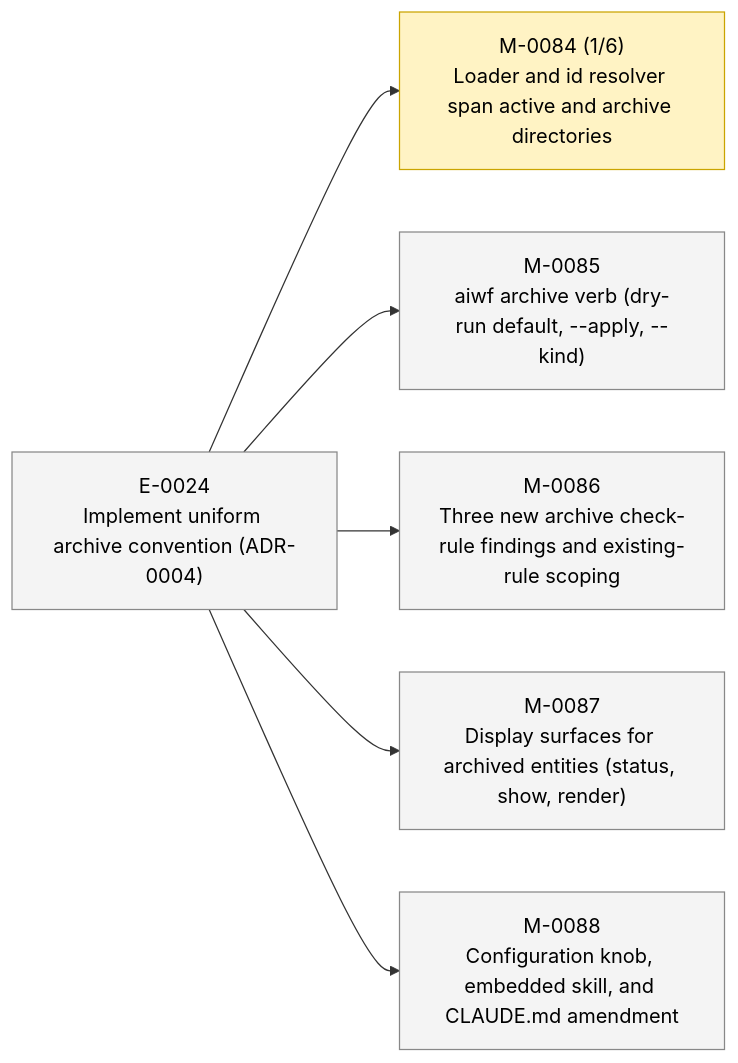
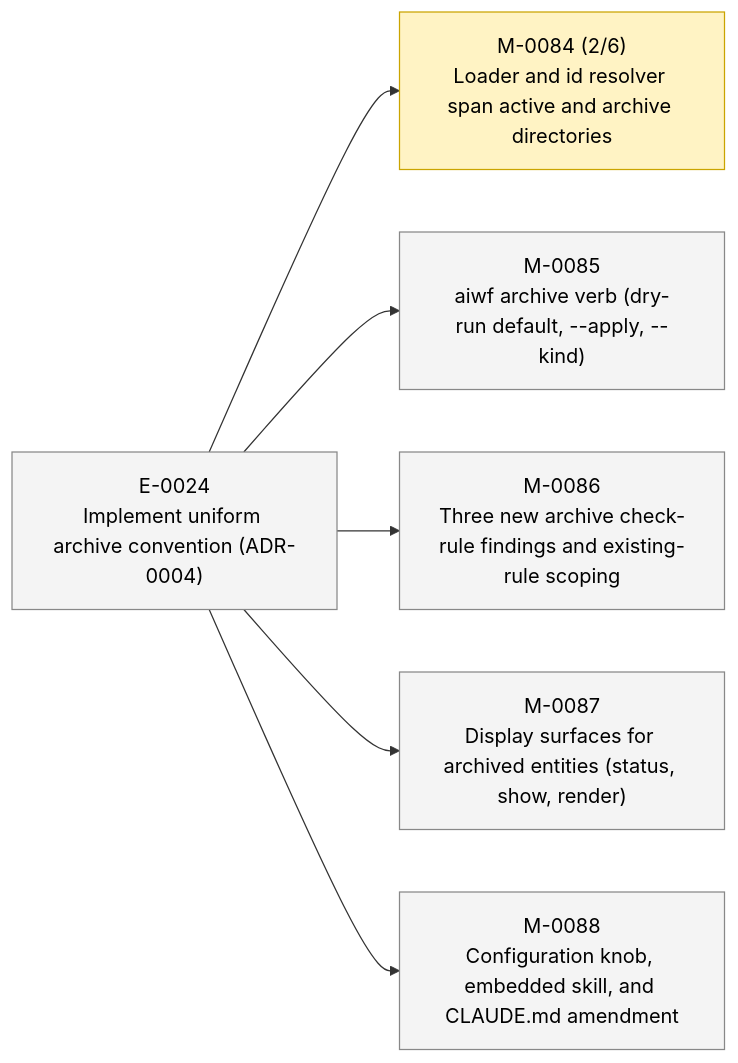
One commit to 23min/aiwf changed the second of 2 diagrams in STATUS.md. Above: the diagram before and after it, drawn with Mermaid. The commit also changed other lines of this file and 1 other file, not shown here.

````diff
--- a/STATUS.md
+++ b/STATUS.md
@@ -49,20 +49,20 @@
 ```mermaid
 flowchart LR
   E_0024["E-0024<br/>Implement uniform archive convention (ADR-0004)"]:::epic_proposed
-  M_0084["M-0084 (1/6)<br/>Loader and id resolver span active and archive directories"]:::ms_in_progress
+  M_0084["M-0084 (2/6)<br/>Loader and id resolver span active and archive directories"]:::ms_in_progress
   E_0024 --> M_0084
   M_0085["M-0085<br/>aiwf archive verb (dry-run default, --apply, --kind)"]:::ms_draft
   E_0024 --> M_0085
   M_0086["M-0086<br/>Three new archive check-rule findings and existing-rule scoping"]:::ms_draft
   E_0024 --> M_0086
   M_0087["M-0087<br/>Display surfaces for archived entities (status, show, render)"]:::ms_draft
   E_0024 --> M_0087
   M_0088["M-0088<br/>Configuration knob, embedded skill, and CLAUDE.md amendment"]:::ms_draft
   E_0024 --> M_0088
   classDef epic_active fill:#d6eaff,stroke:#1a73e8,color:#000
   classDef epic_proposed fill:#f4f4f4,stroke:#888,color:#000
   classDef ms_done fill:#d8f5d8,stroke:#2a8a2a,color:#000
   classDef ms_in_progress fill:#fff3c4,stroke:#caa400,color:#000
   classDef ms_draft fill:#f4f4f4,stroke:#888,color:#000
   classDef ms_cancelled fill:#fbeaea,stroke:#c33,color:#000
 ```
````
